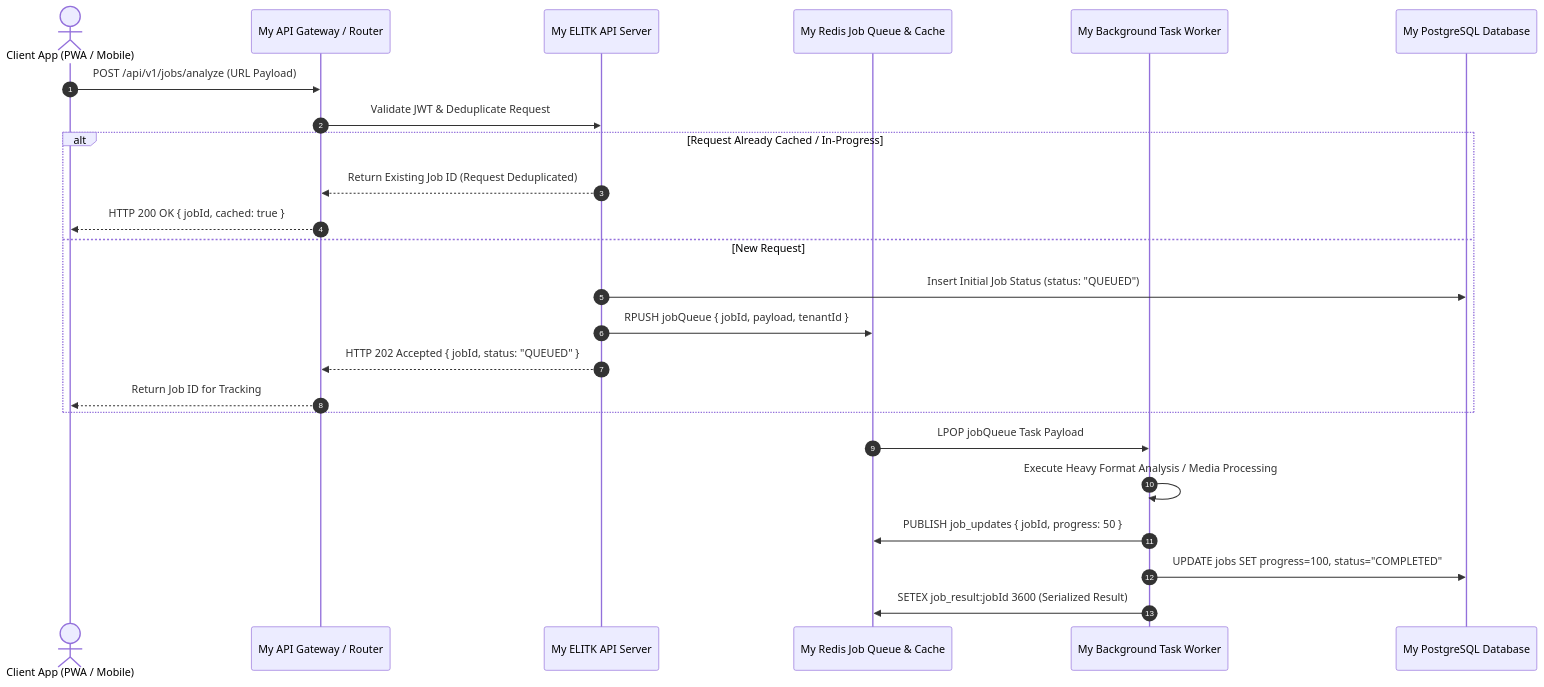
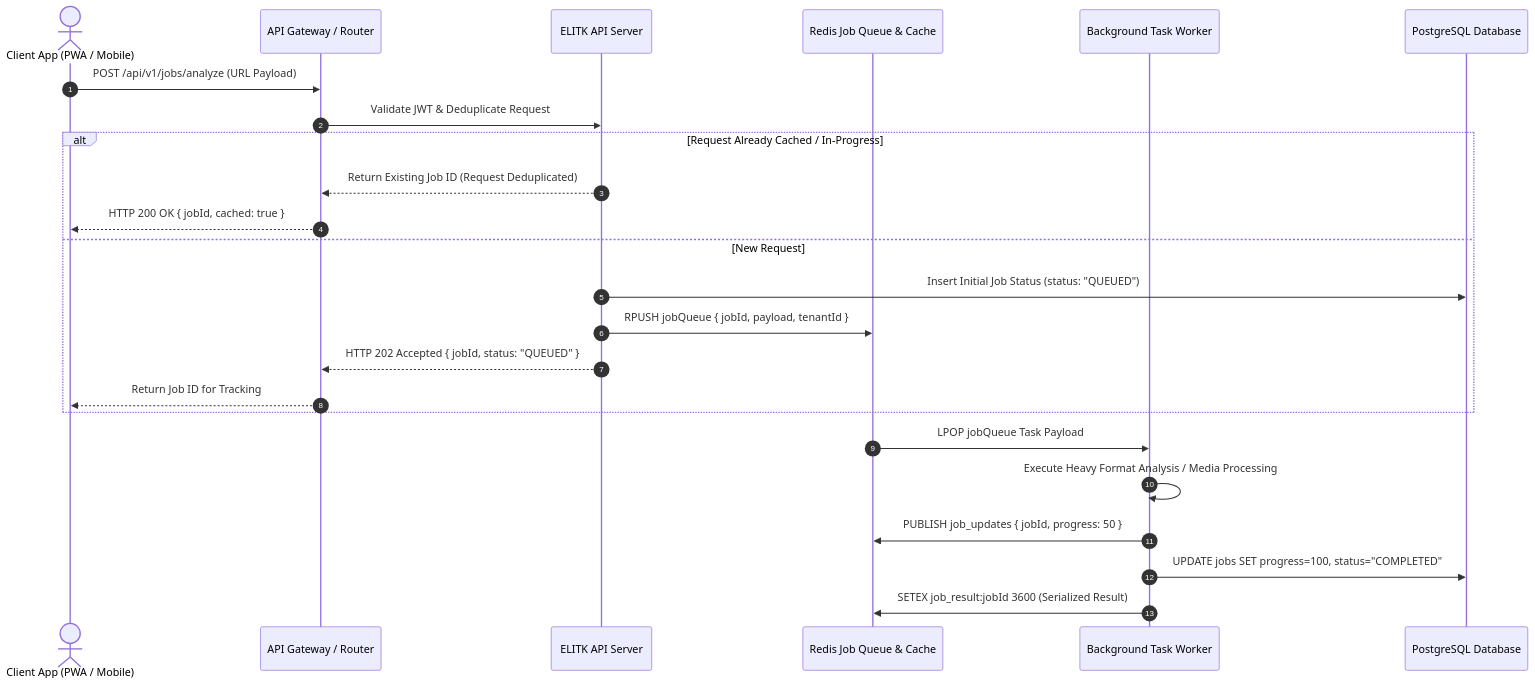
One commit to mohamedosamaai/mohamedosamaai changed the first of 3 diagrams in .github/wiki/Data-Flow-and-Sequence.md. Above: the diagram before and after it, drawn with Mermaid. The commit also changed other lines of this file and 14 other files, not shown here.

Commit message:
docs(readme): overhaul architecture showcase and purge redundant pronouns

````diff
--- a/.github/wiki/Data-Flow-and-Sequence.md
+++ b/.github/wiki/Data-Flow-and-Sequence.md
@@ -9,29 +9,29 @@
 ```mermaid
 sequenceDiagram
     autonumber
     actor Client as Client App (PWA / Mobile)
-    participant Gateway as My API Gateway / Router
-    participant API as My ELITK API Server
-    participant Redis as My Redis Job Queue & Cache
-    participant Worker as My Background Task Worker
-    participant DB as My PostgreSQL Database
+    participant Gateway as API Gateway / Router
+    participant API as ELITK API Server
+    participant Redis as Redis Job Queue & Cache
+    participant Worker as Background Task Worker
+    participant DB as PostgreSQL Database
 
     Client->>Gateway: POST /api/v1/jobs/analyze (URL Payload)
     Gateway->>API: Validate JWT & Deduplicate Request
     
     alt Request Already Cached / In-Progress
         API-->>Gateway: Return Existing Job ID (Request Deduplicated)
         Gateway-->>Client: HTTP 200 OK { jobId, cached: true }
     else New Request
         API->>DB: Insert Initial Job Status (status: "QUEUED")
         API->>Redis: RPUSH jobQueue { jobId, payload, tenantId }
         API-->>Gateway: HTTP 202 Accepted { jobId, status: "QUEUED" }
         Gateway-->>Client: Return Job ID for Tracking
     end
 
     Redis->>Worker: LPOP jobQueue Task Payload
     Worker->>Worker: Execute Heavy Format Analysis / Media Processing
     Worker->>Redis: PUBLISH job_updates { jobId, progress: 50 }
     Worker->>DB: UPDATE jobs SET progress=100, status="COMPLETED"
     Worker->>Redis: SETEX job_result:jobId 3600 (Serialized Result)
 ```
````
